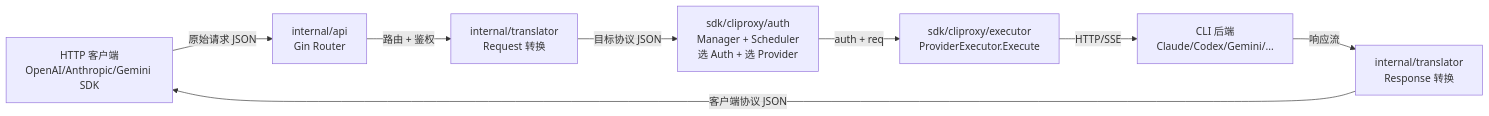
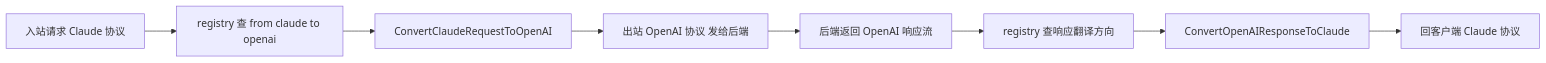
One commit to diguike/book-source-reading changed the second of 4 diagrams in book/01-cliproxyapi.md. Above: the diagram before and after it, drawn with Mermaid. The commit also changed other lines of this file and 7 other files, not shown here.

````diff
--- a/book/01-cliproxyapi.md
+++ b/book/01-cliproxyapi.md
@@ -43,10 +196,10 @@
 ```mermaid
 graph LR
-    A[HTTP 客户端<br/>OpenAI/Anthropic/Gemini SDK] -->|原始请求 JSON| B[internal/api<br/>Gin Router]
-    B -->|路由 + 鉴权| C[internal/translator<br/>Request 转换]
-    C -->|目标协议 JSON| D[sdk/cliproxy/auth<br/>Manager + Scheduler<br/>选 Auth + 选 Provider]
-    D -->|auth + req| E[sdk/cliproxy/executor<br/>ProviderExecutor.Execute]
-    E -->|HTTP/SSE| F[CLI 后端<br/>Claude/Codex/Gemini/...]
-    F -->|响应流| G[internal/translator<br/>Response 转换]
-    G -->|客户端协议 JSON| A
+    A[入站请求 Claude 协议] --> B[registry 查 from claude to openai]
+    B --> C[ConvertClaudeRequestToOpenAI]
+    C --> D[出站 OpenAI 协议 发给后端]
+    D --> E[后端返回 OpenAI 响应流]
+    E --> F[registry 查响应翻译方向]
+    F --> G[ConvertOpenAIResponseToClaude]
+    G --> H[回客户端 Claude 协议]
 ```
````
